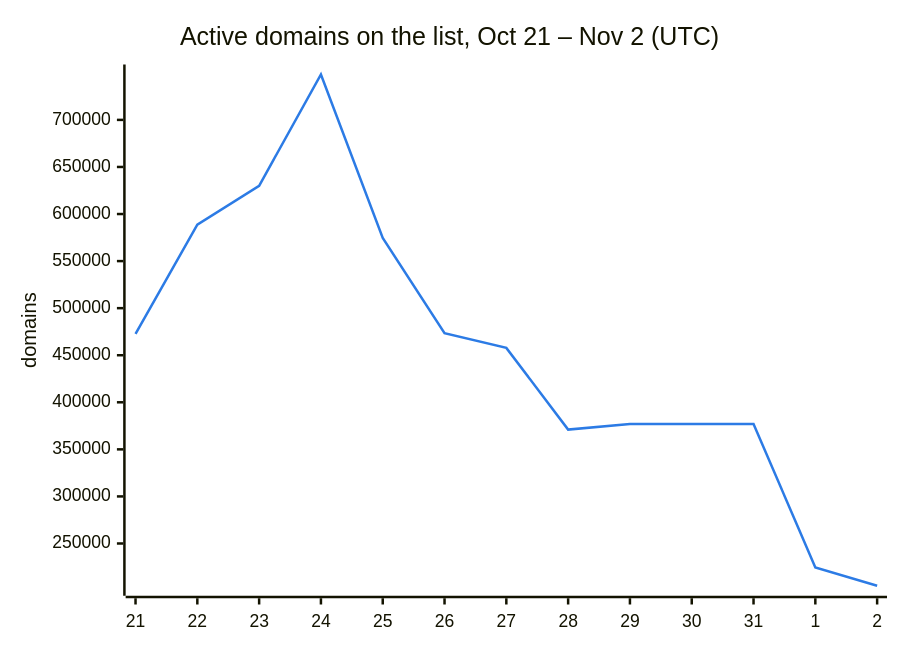
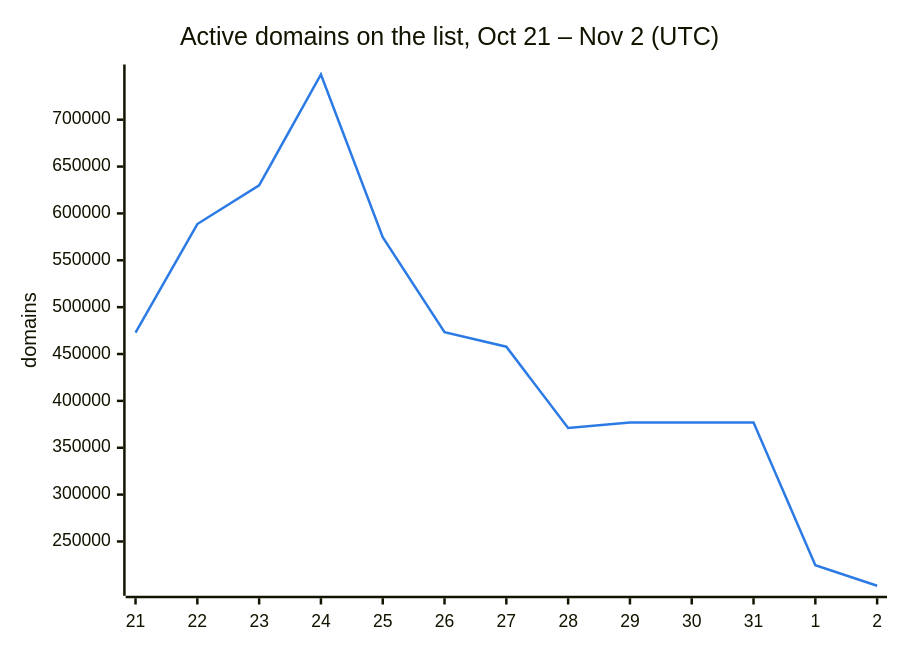
Before and after one commit to DNSBunker/CTI: the second of 3 diagrams in README.md, drawn with Mermaid. The commit also changed other lines of this file and 3 other files, not shown here.

````diff
--- a/README.md
+++ b/README.md
@@ -38,8 +38,8 @@
 ```mermaid
 %%{init: {"themeVariables": {"xyChart": {"plotColorPalette": "#2c7be5"}}}}%%
 xychart-beta
     title "Active domains on the list, Oct 21 – Nov 2 (UTC)"
     x-axis ["21", "22", "23", "24", "25", "26", "27", "28", "29", "30", "31", "1", "2"]
     y-axis "domains"
-    line [472713, 588659, 629951, 748222, 574614, 473331, 457795, 371010, 376945, 376945, 376945, 224607, 205107]
+    line [472713, 588659, 629951, 748222, 574614, 473331, 457795, 371010, 376945, 376945, 376945, 224607, 202754]
 ```
````
